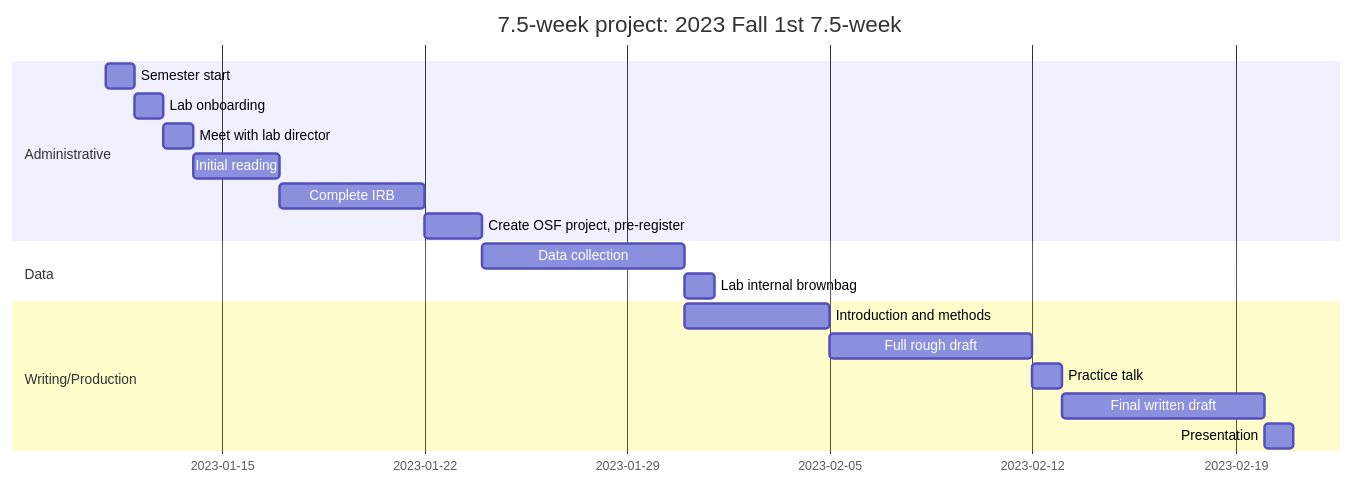
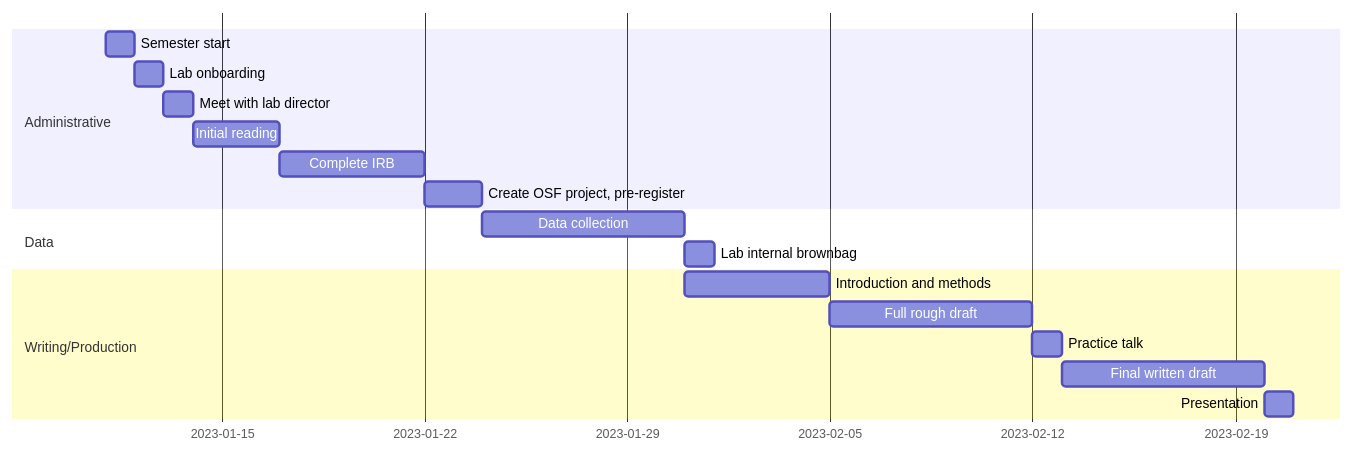
The diagram in figures/gantt-7.mmd (mavrxlab/manual), drawn with Mermaid before and after one commit. The commit also changed 12 other files, not shown here.

Commit message:
Fixing mermaid captions

```diff
--- a/figures/gantt-7.mmd
+++ b/figures/gantt-7.mmd
@@ -1,19 +1,18 @@
 gantt
   dateFormat  YYYY-MM-DD
-  title       7.5-week project: 2023 Fall 1st 7.5-week
   section Administrative
   Semester start                      :adm1, 2023-01-11, 1d
 	Lab onboarding                      :onboarding, after adm1, 1d
   Meet with lab director              :labdir, after onboarding, 1d
 	Initial reading                     :reading, after labdir, 3d
   Complete IRB                        :irb, after reading, 5d
   Create OSF project, pre-register    :osf, after irb, 2d
   section Data
   Data collection                     :data1, after osf, 1w
   Lab internal brownbag               :brownbag, after data1 , 1d
   section Writing/Production
   Introduction and methods            :methods, after data1, 5d
   Full rough draft                    :fullrough, after methods, 7d
   Practice talk                       :ptalk, after fullrough, 1d
 	Final written draft                 :finaldraft, after ptalk, 7d
 	Presentation                        :after finaldraft, 1d
```
